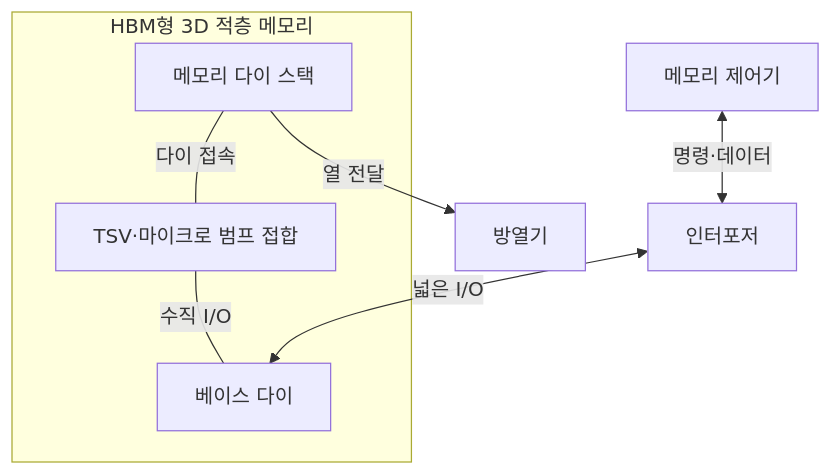
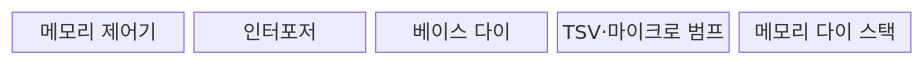
Before and after one commit to agnusdei1207/knowledge-base: the first of 2 diagrams in src/content/docs/notes/02-hardware/090_3d_stacked_memory.md, drawn with Mermaid. The commit also changed other lines of this file and 20 other files, not shown here.

````diff
--- a/src/content/docs/notes/02-hardware/090_3d_stacked_memory.md
+++ b/src/content/docs/notes/02-hardware/090_3d_stacked_memory.md
@@ -70,16 +68,9 @@
 ```mermaid
-flowchart TB
-    C[메모리 제어기]
-    I[인터포저]
-    K[방열기]
-    subgraph S[HBM형 3D 적층 메모리]
-        D[메모리 다이 스택]
-        V[TSV·마이크로 범프 접합]
-        B[베이스 다이]
-        D ---|다이 접속| V
-        V ---|수직 I/O| B
-    end
-    C <-->|명령·데이터| I
-    I <-->|넓은 I/O| B
-    D -->|열 전달| K
+block
+  columns 5
+  C["메모리 제어기"]
+  I["인터포저"]
+  B["베이스 다이"]
+  V["TSV·마이크로 범프"]
+  D["메모리 다이 스택"]
 ```
````
